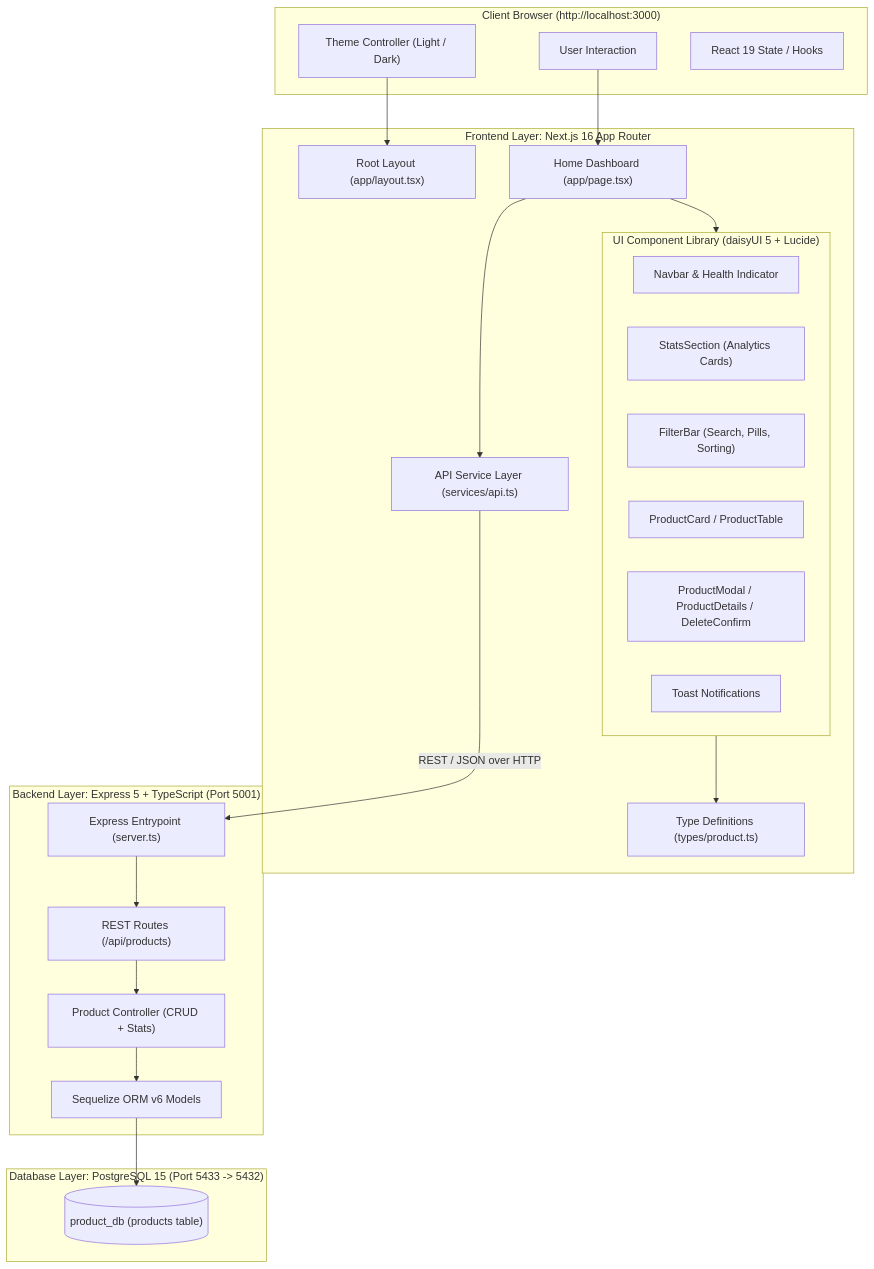
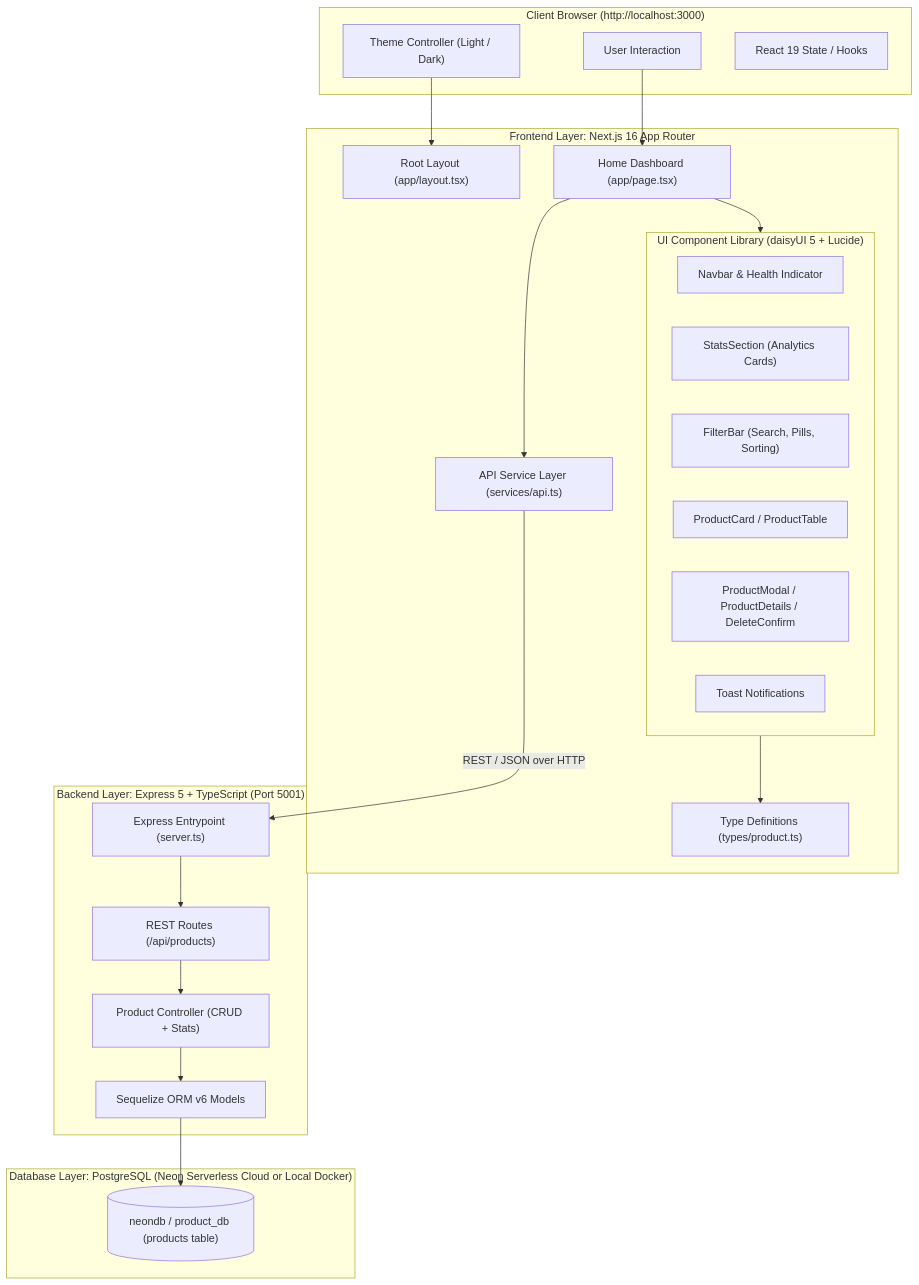
One commit to tudzydev/product-app changed the diagram in SETUP_GUIDE.md. Above: the diagram before and after it, drawn with Mermaid. The commit also changed other lines of this file and 11 other files, not shown here.

Commit message:
Add support for Neon Serverless PostgreSQL

````diff
--- a/SETUP_GUIDE.md
+++ b/SETUP_GUIDE.md
@@ -10,44 +10,44 @@
 ```mermaid
 flowchart TD
     subgraph Browser ["Client Browser (http://localhost:3000)"]
         User["User Interaction"]
         Theme["Theme Controller (Light / Dark)"]
         State["React 19 State / Hooks"]
     end
 
     subgraph FrontendApp ["Frontend Layer: Next.js 16 App Router"]
         Layout["Root Layout (app/layout.tsx)"]
         Page["Home Dashboard (app/page.tsx)"]
         
         subgraph Components ["UI Component Library (daisyUI 5 + Lucide)"]
             Navbar["Navbar & Health Indicator"]
             Stats["StatsSection (Analytics Cards)"]
             Filter["FilterBar (Search, Pills, Sorting)"]
             Views["ProductCard / ProductTable"]
             Modals["ProductModal / ProductDetails / DeleteConfirm"]
             Toast["Toast Notifications"]
         end
 
         APIService["API Service Layer (services/api.ts)"]
         Types["Type Definitions (types/product.ts)"]
     end
 
     subgraph BackendAPI ["Backend Layer: Express 5 + TypeScript (Port 5001)"]
         Server["Express Entrypoint (server.ts)"]
         Routes["REST Routes (/api/products)"]
         Controllers["Product Controller (CRUD + Stats)"]
         ORM["Sequelize ORM v6 Models"]
     end
 
-    subgraph DB ["Database Layer: PostgreSQL 15 (Port 5433 -> 5432)"]
-        Postgres[("product_db (products table)")]
+    subgraph DB ["Database Layer: PostgreSQL (Neon Serverless Cloud or Local Docker)"]
+        Postgres[("neondb / product_db (products table)")]
     end
 
     User --> Page
     Theme --> Layout
     Page --> Components
     Components --> Types
     Page --> APIService
     APIService -- "REST / JSON over HTTP" --> Server
     Server --> Routes --> Controllers --> ORM --> Postgres
 ```
````
